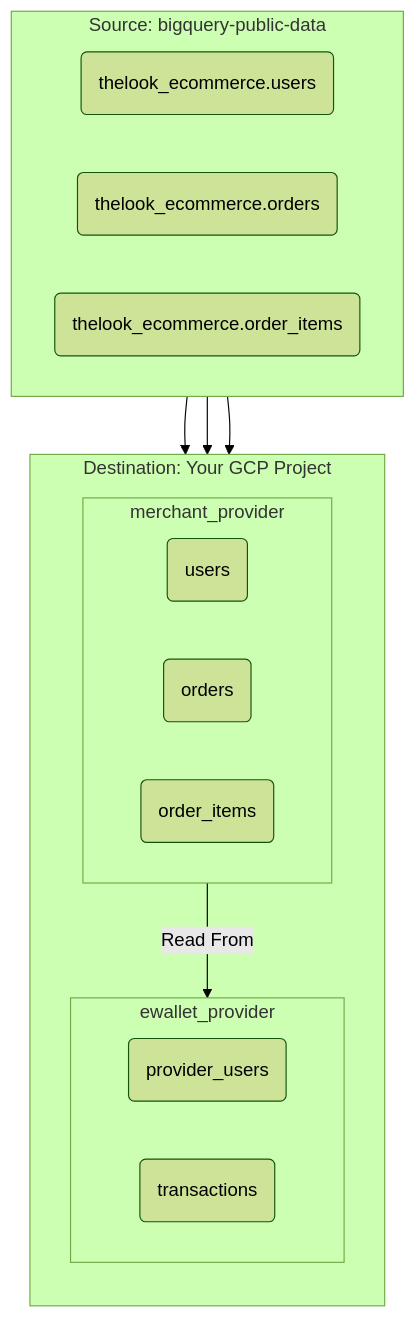
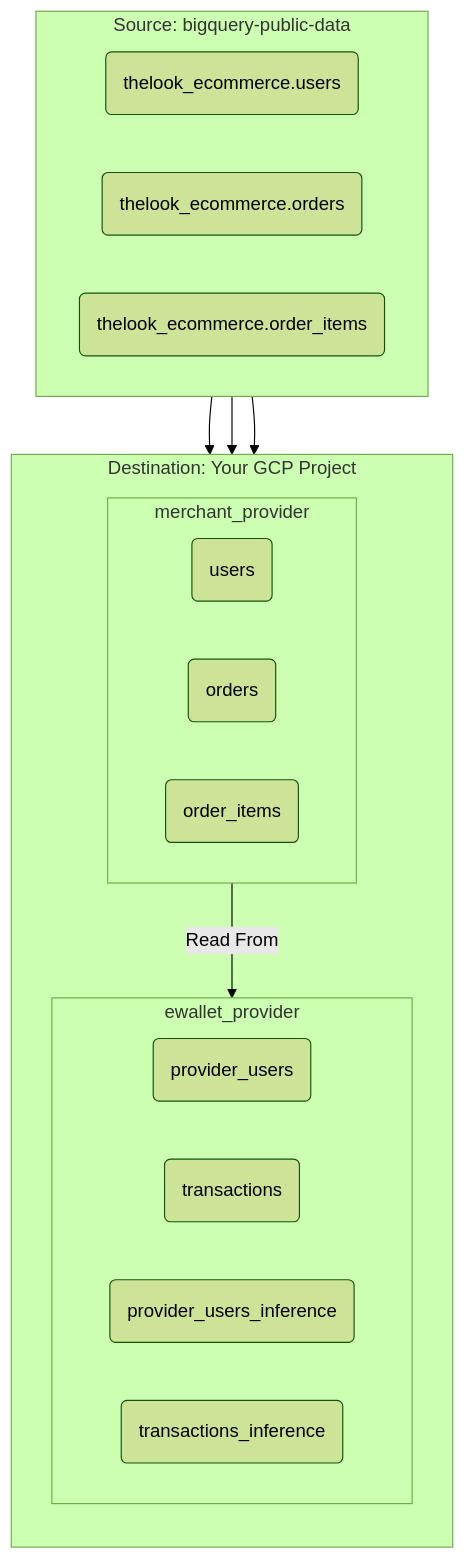
The diagram in README.md (johanesalxd/data-clean-room-demo), drawn with Mermaid (forest theme) before and after one commit. The commit also changed other lines of this file and 5 other files, not shown here.

````diff
--- a/README.md
+++ b/README.md
@@ -19,32 +19,34 @@
 ```mermaid
 graph TD
     subgraph PublicData [Source: bigquery-public-data]
         direction LR
         PublicUsers(thelook_ecommerce.users)
         PublicOrders(thelook_ecommerce.orders)
         PublicOrderItems(thelook_ecommerce.order_items)
     end
 
     subgraph YourProject [Destination: Your GCP Project]
         direction TB
 
         subgraph SnapshotDS [merchant_provider]
             direction LR
             SnapshotUsers(users)
             SnapshotOrders(orders)
             SnapshotOrderItems(order_items)
         end
 
         subgraph ProviderDS [ewallet_provider]
             direction LR
             ProviderUsers(provider_users)
             ProviderTransactions(transactions)
+            ProviderUsersInf(provider_users_inference)
+            ProviderTransactionsInf(transactions_inference)
         end
 
         SnapshotDS -- "Read From" --> ProviderDS
     end
 
     PublicUsers --> SnapshotUsers
     PublicOrders --> SnapshotOrders
     PublicOrderItems --> SnapshotOrderItems
 ```
````
